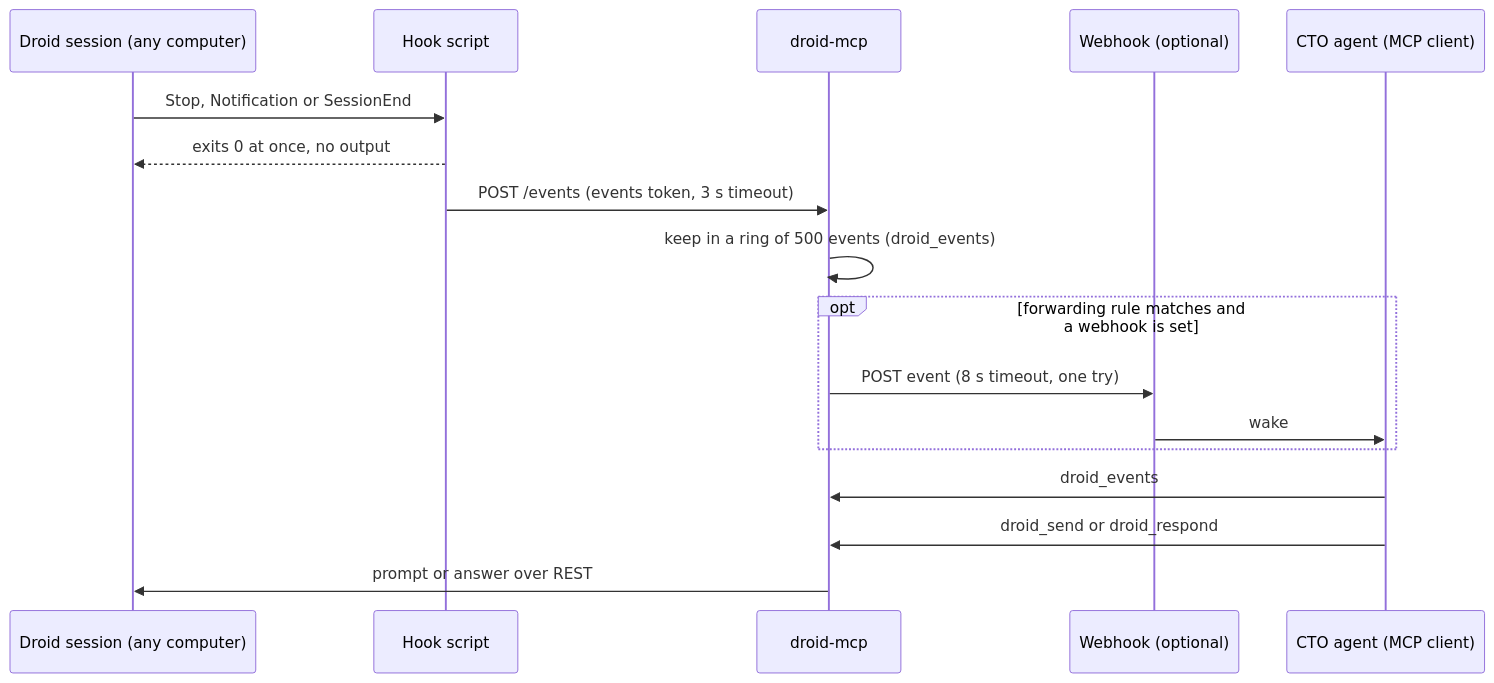
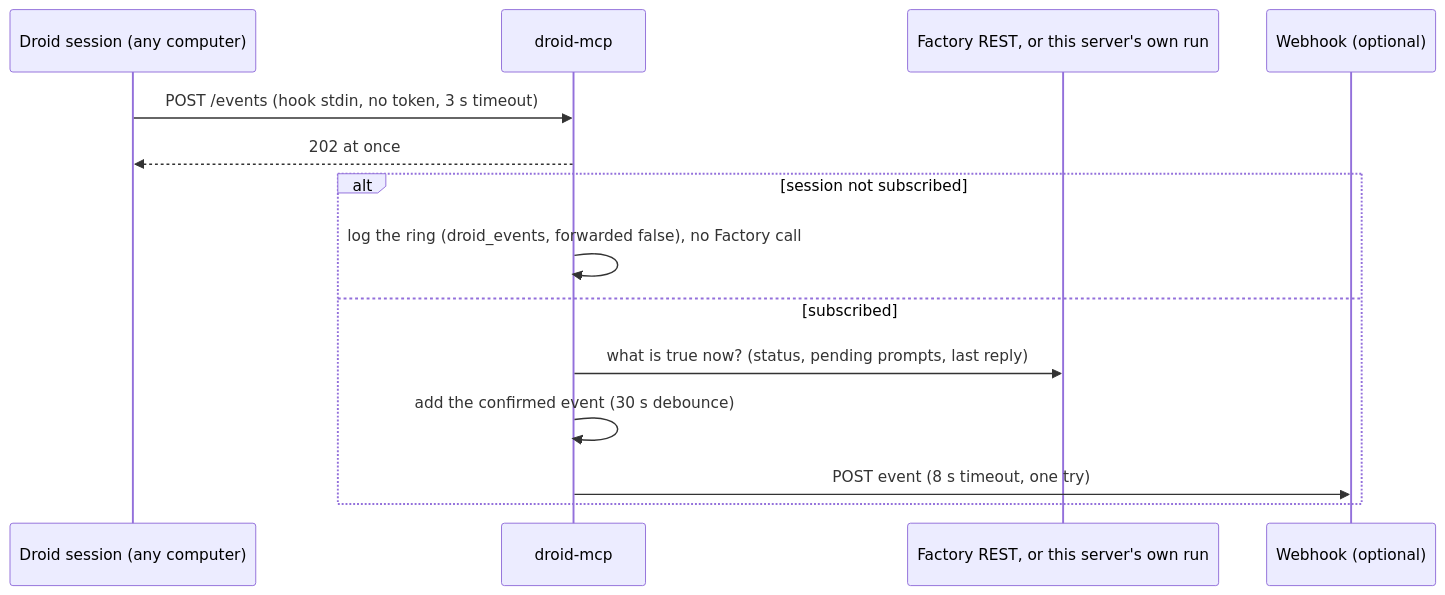
One commit to Jason-Holt-Digital/droid-mcp changed the third of 3 diagrams in README.md. Above: the diagram before and after it, drawn with Mermaid. The commit also changed other lines of this file and 5 other files, not shown here.

````diff
--- a/README.md
+++ b/README.md
@@ -526,19 +531,16 @@
 ```mermaid
 sequenceDiagram
   participant D as Droid session (any computer)
-  participant H as Hook script
   participant S as droid-mcp
+  participant F as Factory REST, or this server's own run
   participant W as Webhook (optional)
-  participant C as CTO agent (MCP client)
-  D->>H: Stop, Notification or SessionEnd
-  H-->>D: exits 0 at once, no output
-  H->>S: POST /events (events token, 3 s timeout)
-  S->>S: keep in a ring of 500 events (droid_events)
-  opt forwarding rule matches and a webhook is set
+  D->>S: POST /events (hook stdin, no token, 3 s timeout)
+  S-->>D: 202 at once
+  alt session not subscribed
+    S->>S: log the ring (droid_events, forwarded false), no Factory call
+  else subscribed
+    S->>F: what is true now? (status, pending prompts, last reply)
+    S->>S: add the confirmed event (30 s debounce)
     S->>W: POST event (8 s timeout, one try)
-    W->>C: wake
   end
-  C->>S: droid_events
-  C->>S: droid_send or droid_respond
-  S->>D: prompt or answer over REST
 ```
````
